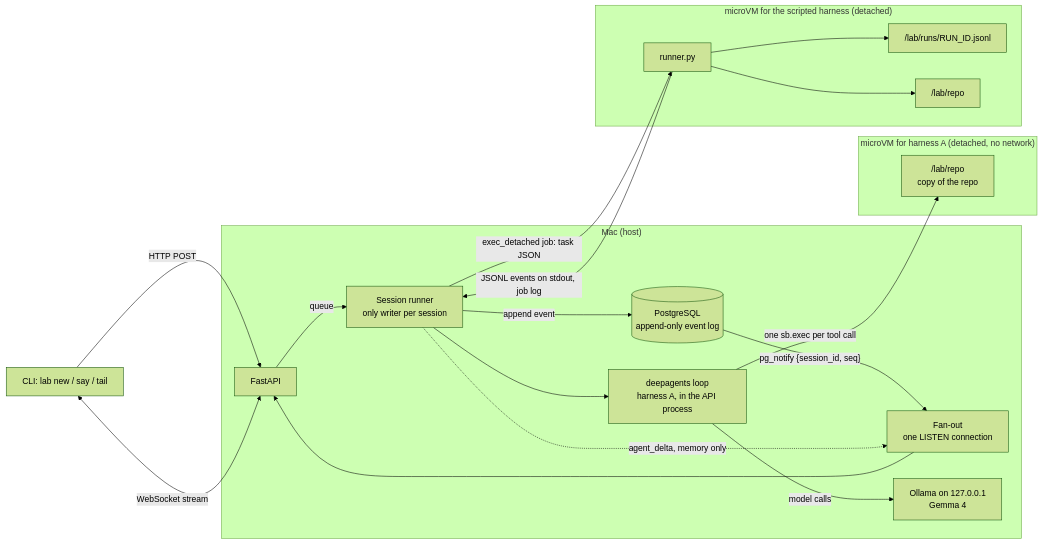
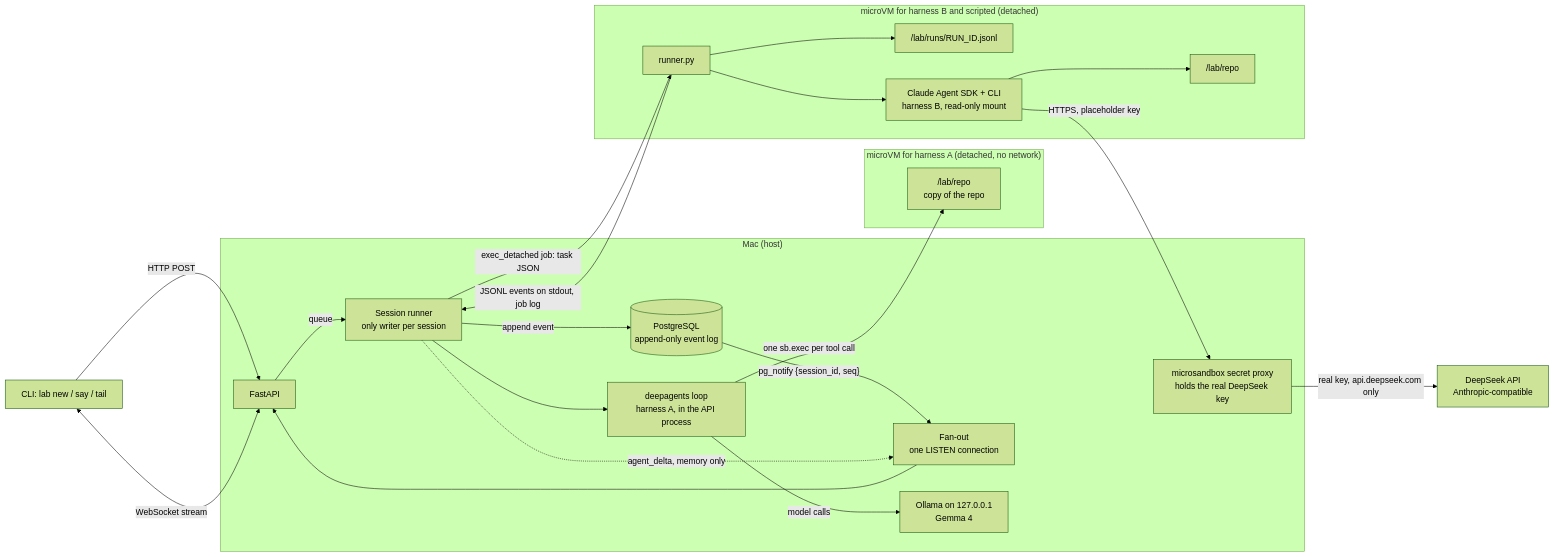
One commit to morri5/sandboxed-agents changed the first of 2 diagrams in README.md. Above: the diagram before and after it, drawn with Mermaid (forest theme). The commit also changed other lines of this file and 25 other files, not shown here.

Commit message:
feat: add Claude Agent SDK harness on DeepSeek and harness switching

````diff
--- a/README.md
+++ b/README.md
@@ -11,24 +11,28 @@
 ```mermaid
 flowchart LR
     CLI[CLI: lab new / say / tail] -->|HTTP POST| API
     CLI <-->|WebSocket stream| API
     subgraph HOST["Mac (host)"]
         API[FastAPI] -->|queue| SR[Session runner<br/>only writer per session]
         SR -->|append event| PG[(PostgreSQL<br/>append-only event log)]
         PG -->|"pg_notify {session_id, seq}"| FO[Fan-out<br/>one LISTEN connection]
         FO --> API
         SR -.->|agent_delta, memory only| FO
         SR --> DA[deepagents loop<br/>harness A, in the API process]
         DA -->|model calls| OL[Ollama on 127.0.0.1<br/>Gemma 4]
+        PX[microsandbox secret proxy<br/>holds the real DeepSeek key]
     end
     subgraph VMA["microVM for harness A (detached, no network)"]
         REPOA["/lab/repo<br/>copy of the repo"]
     end
-    subgraph VMS["microVM for the scripted harness (detached)"]
+    subgraph VMB["microVM for harness B and scripted (detached)"]
         RUN[runner.py] --> JL["/lab/runs/RUN_ID.jsonl"]
-        RUN --> REPOS["/lab/repo"]
+        RUN --> SDK[Claude Agent SDK + CLI<br/>harness B, read-only mount]
+        SDK --> REPOB["/lab/repo"]
     end
     DA -->|"one sb.exec per tool call"| REPOA
     SR -->|"exec_detached job: task JSON"| RUN
     RUN -->|JSONL events on stdout, job log| SR
+    SDK -->|"HTTPS, placeholder key"| PX
+    PX -->|"real key, api.deepseek.com only"| DS[DeepSeek API<br/>Anthropic-compatible]
 ```
````
